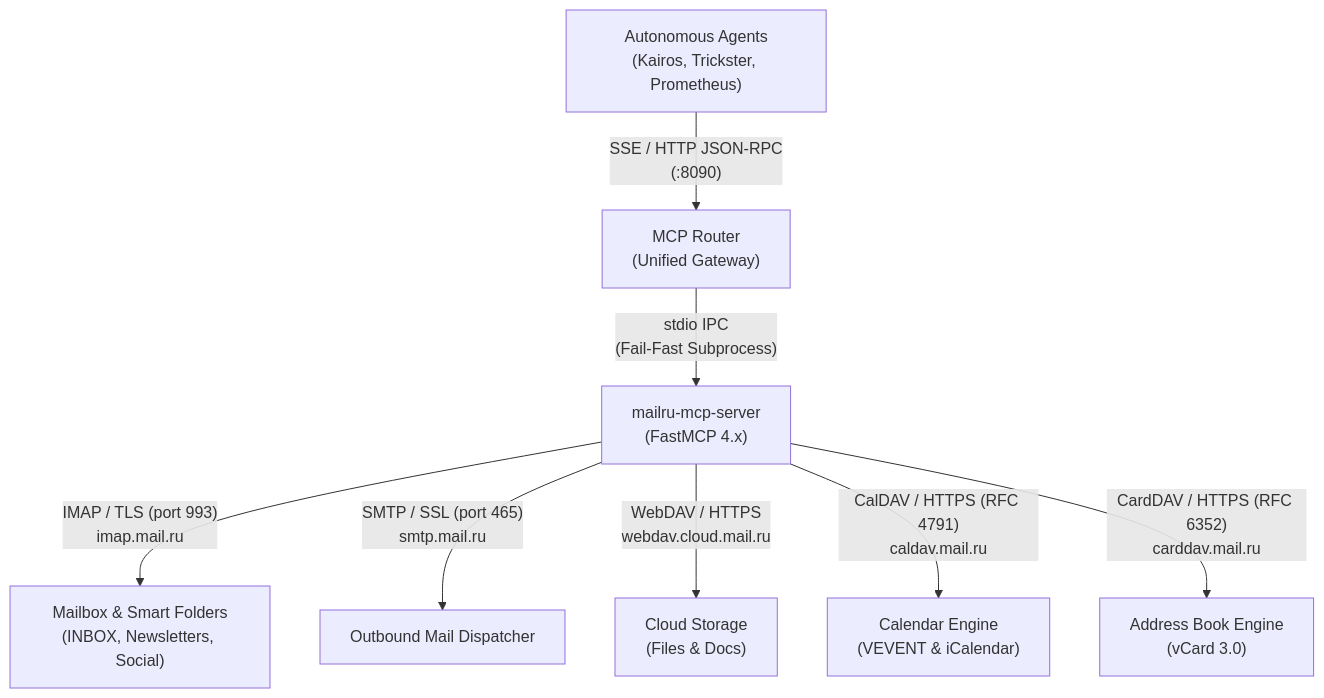
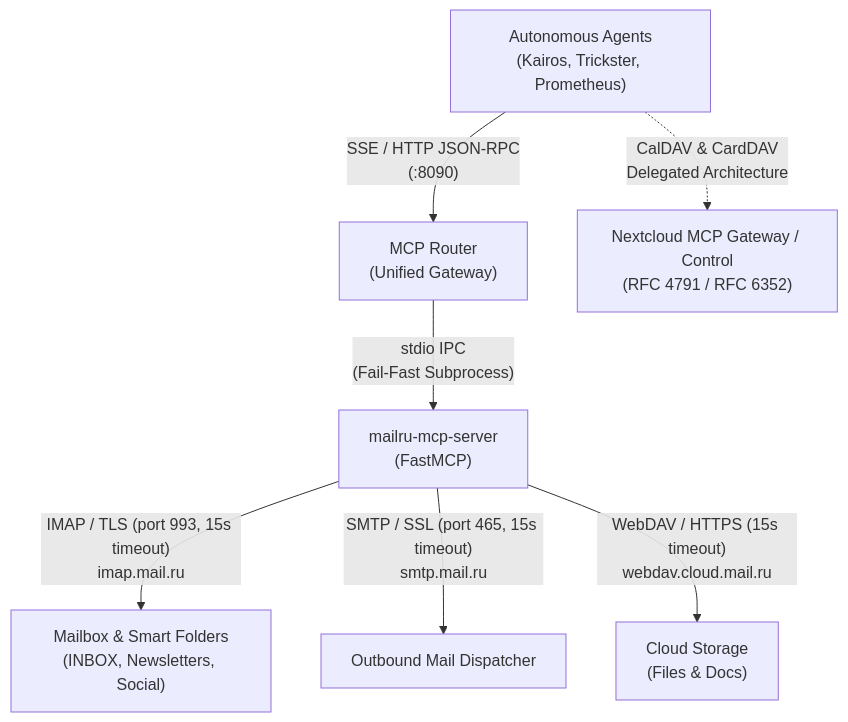
The first of 2 diagrams in ARCHITECTURE.md (TheNovaNodes/mailru-mcp-server), drawn with Mermaid before and after one commit. The commit also changed other lines of this file and 11 other files, not shown here.

Commit message:
feat: surgical hardening, 15s socket timeouts, HITL TTL, and CalDAV/CardDAV amputation (#13)

````diff
--- a/ARCHITECTURE.md
+++ b/ARCHITECTURE.md
@@ -13,11 +13,11 @@
 ```mermaid
 graph TD
     A["Autonomous Agents<br/>(Kairos, Trickster, Prometheus)"] -->|"SSE / HTTP JSON-RPC<br/>(:8090)"| B["MCP Router<br/>(Unified Gateway)"]
-    B -->|"stdio IPC<br/>(Fail-Fast Subprocess)"| C["mailru-mcp-server<br/>(FastMCP 4.x)"]
+    B -->|"stdio IPC<br/>(Fail-Fast Subprocess)"| C["mailru-mcp-server<br/>(FastMCP)"]
     
-    C -->|"IMAP / TLS (port 993)<br/>imap.mail.ru"| D["Mailbox & Smart Folders<br/>(INBOX, Newsletters, Social)"]
-    C -->|"SMTP / SSL (port 465)<br/>smtp.mail.ru"| E["Outbound Mail Dispatcher"]
-    C -->|"WebDAV / HTTPS<br/>webdav.cloud.mail.ru"| F["Cloud Storage<br/>(Files & Docs)"]
-    C -->|"CalDAV / HTTPS (RFC 4791)<br/>caldav.mail.ru"| G["Calendar Engine<br/>(VEVENT & iCalendar)"]
-    C -->|"CardDAV / HTTPS (RFC 6352)<br/>carddav.mail.ru"| H["Address Book Engine<br/>(vCard 3.0)"]
+    C -->|"IMAP / TLS (port 993, 15s timeout)<br/>imap.mail.ru"| D["Mailbox & Smart Folders<br/>(INBOX, Newsletters, Social)"]
+    C -->|"SMTP / SSL (port 465, 15s timeout)<br/>smtp.mail.ru"| E["Outbound Mail Dispatcher"]
+    C -->|"WebDAV / HTTPS (15s timeout)<br/>webdav.cloud.mail.ru"| F["Cloud Storage<br/>(Files & Docs)"]
+
+    A -.->|"CalDAV & CardDAV<br/>Delegated Architecture"| G["Nextcloud MCP Gateway / Control<br/>(RFC 4791 / RFC 6352)"]
 ```
````
